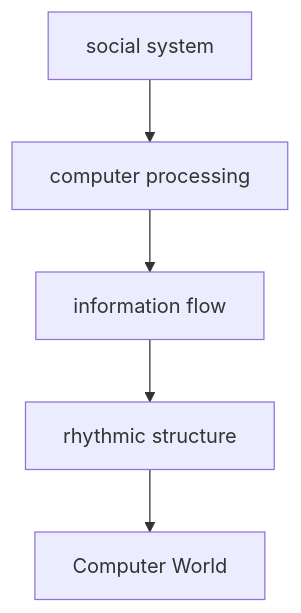
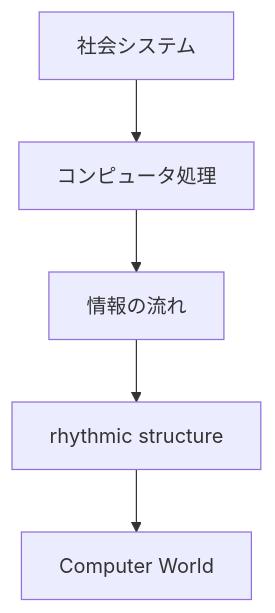
One commit to monumental-movement/monumental-movement.github.io changed the fifth of 11 diagrams in en/_posts/2026-07-01-column-influential-album-03.md. Above: the diagram before and after it, drawn with Mermaid. The commit also changed other lines of this file and 2196 other files, not shown here.

```diff
--- a/en/_posts/2026-07-01-column-influential-album-03.md
+++ b/en/_posts/2026-07-01-column-influential-album-03.md
@@ -504,11 +502,11 @@
 <div class="mermaid">
 flowchart TD
-A[social system]
-B[computer processing]
-C[information flow]
+A[社会システム]
+B[コンピュータ処理]
+C[情報の流れ]
 D[rhythmic structure]
 E[Computer World]
 
 A --> B --> C --> D --> E
 
 </div>
```
